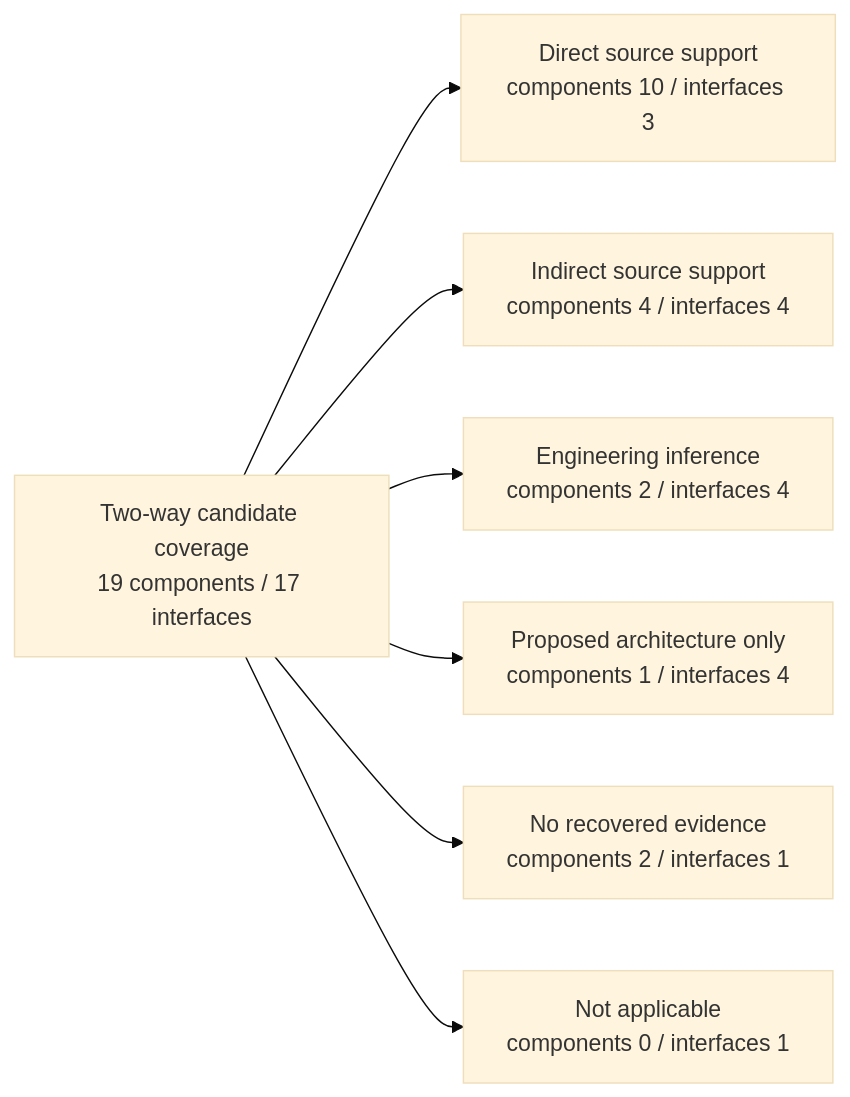
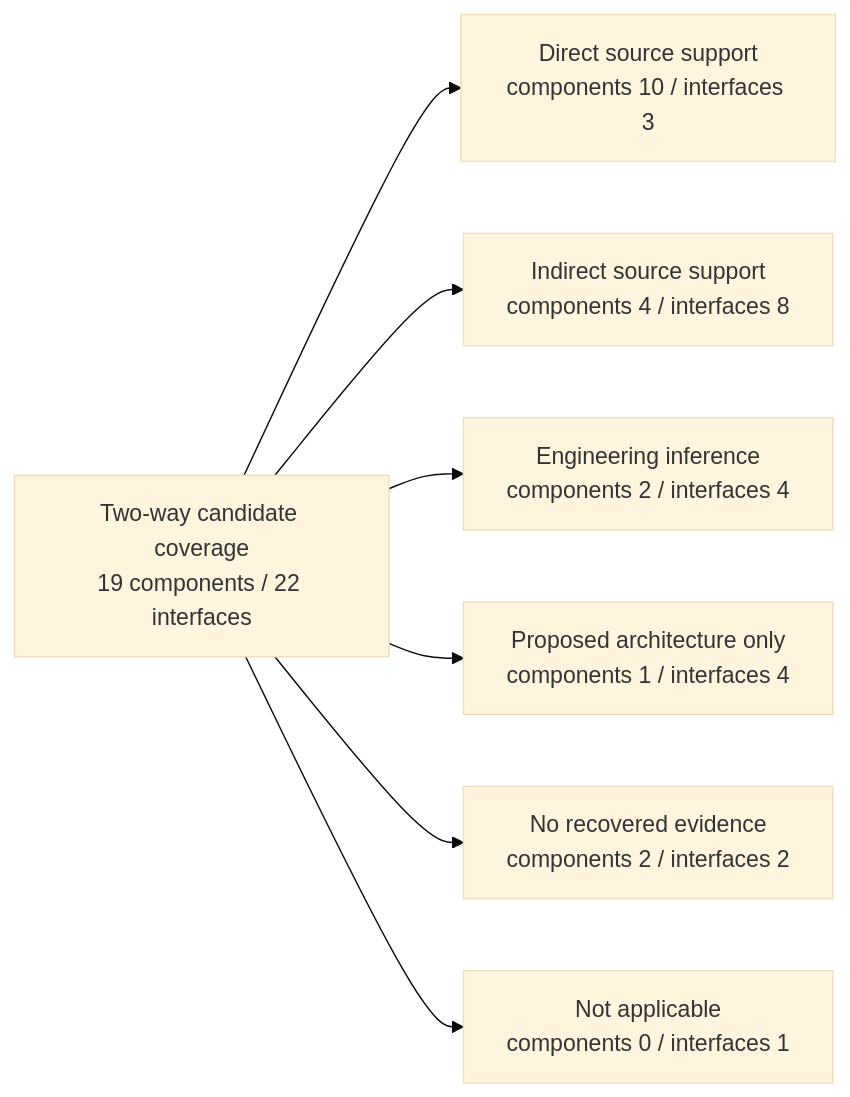
Diagram 11 of 22 in reports/architecture-views.md (noahstephenson/low-cost-relay-uas), drawn with Mermaid (base theme) before and after one commit. The commit also changed other lines of this file and 11 other files, not shown here.

````diff
--- a/reports/architecture-views.md
+++ b/reports/architecture-views.md
@@ -244,11 +245,11 @@
 ```mermaid
 flowchart LR
     %% Configuration scope: CFG-REP / CFG-DOM current - CFG-DIG future interface classified separately
-    COVERAGE["Two-way candidate coverage<br/>19 components / 17 interfaces"]
+    COVERAGE["Two-way candidate coverage<br/>19 components / 22 interfaces"]
     COVERAGE --> DIRECT["Direct source support<br/>components 10 / interfaces 3"]
-    COVERAGE --> INDIRECT["Indirect source support<br/>components 4 / interfaces 4"]
+    COVERAGE --> INDIRECT["Indirect source support<br/>components 4 / interfaces 8"]
     COVERAGE --> INFERENCE["Engineering inference<br/>components 2 / interfaces 4"]
     COVERAGE --> PROPOSED["Proposed architecture only<br/>components 1 / interfaces 4"]
-    COVERAGE --> NONE["No recovered evidence<br/>components 2 / interfaces 1"]
+    COVERAGE --> NONE["No recovered evidence<br/>components 2 / interfaces 2"]
     COVERAGE --> NA["Not applicable<br/>components 0 / interfaces 1"]
 ```
````
